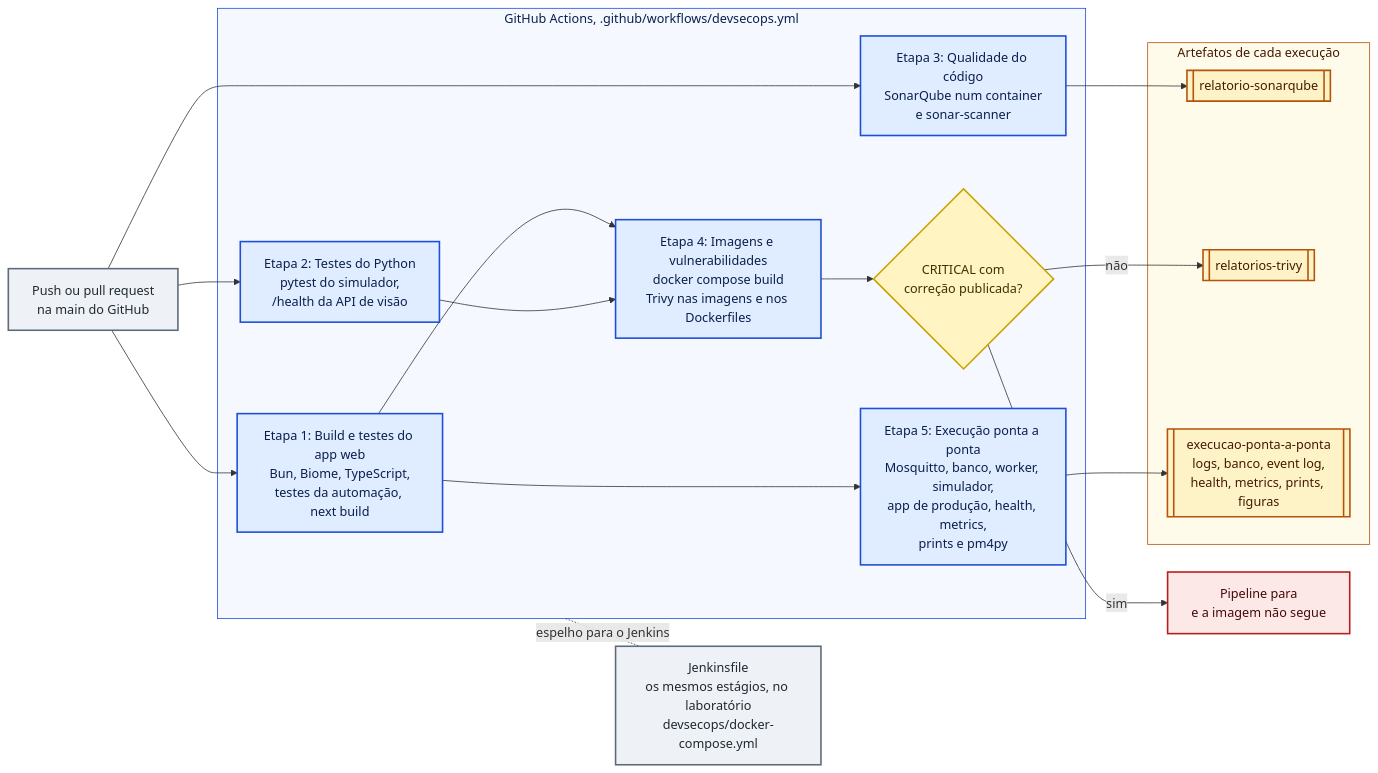
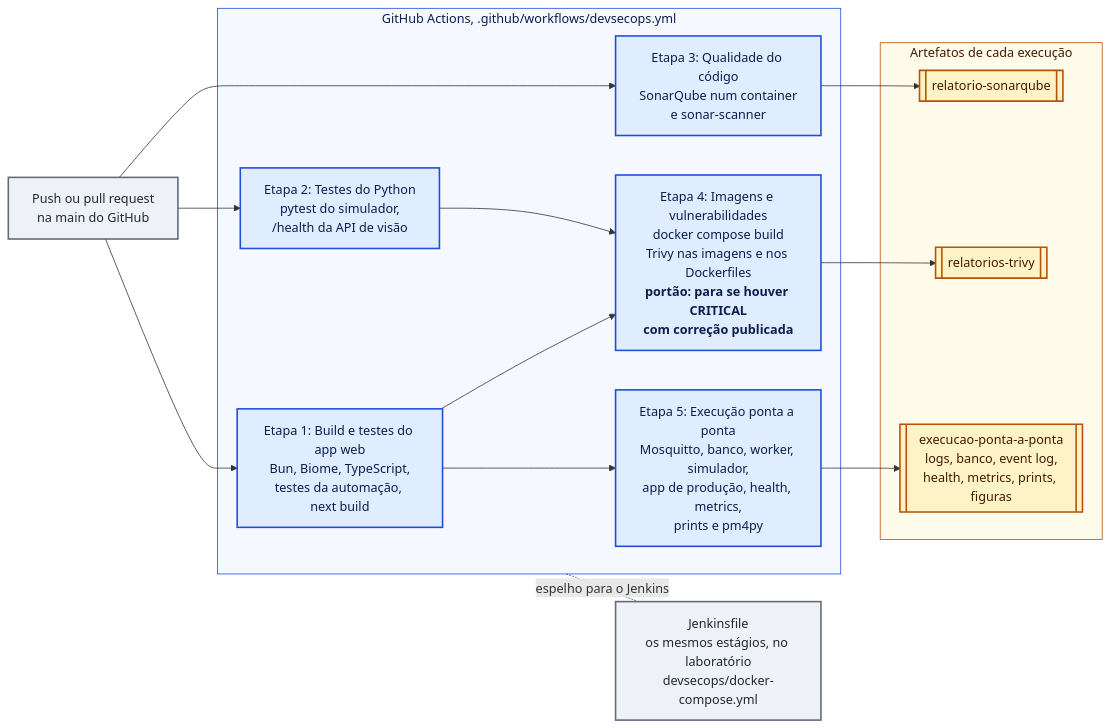
The diagram in docs/fase-7/diagrams/03-pipeline-devsecops.mmd (Dsfr62/fiap-agrosmart-sprint7), drawn with Mermaid before and after one commit.

Commit message:
Diagrama do pipeline: o portão do Trivy dentro da etapa 4

```diff
--- a/docs/fase-7/diagrams/03-pipeline-devsecops.mmd
+++ b/docs/fase-7/diagrams/03-pipeline-devsecops.mmd
@@ -1,46 +1,38 @@
 flowchart LR
   DEV["Push ou pull request<br/>na main do GitHub"]
 
   subgraph GHA["GitHub Actions, .github/workflows/devsecops.yml"]
     J1["Etapa 1: Build e testes do app web<br/>Bun, Biome, TypeScript,<br/>testes da automação, next build"]
     J2["Etapa 2: Testes do Python<br/>pytest do simulador,<br/>/health da API de visão"]
     J3["Etapa 3: Qualidade do código<br/>SonarQube num container<br/>e sonar-scanner"]
-    J4["Etapa 4: Imagens e vulnerabilidades<br/>docker compose build<br/>Trivy nas imagens e nos Dockerfiles"]
-    GATE{"CRITICAL com<br/>correção publicada?"}
+    J4["Etapa 4: Imagens e vulnerabilidades<br/>docker compose build<br/>Trivy nas imagens e nos Dockerfiles<br/><b>portão: para se houver CRITICAL<br/>com correção publicada</b>"]
     J5["Etapa 5: Execução ponta a ponta<br/>Mosquitto, banco, worker, simulador,<br/>app de produção, health, metrics,<br/>prints e pm4py"]
   end
 
   subgraph ART["Artefatos de cada execução"]
     A1[["relatorio-sonarqube"]]
     A2[["relatorios-trivy"]]
     A3[["execucao-ponta-a-ponta<br/>logs, banco, event log,<br/>health, metrics, prints, figuras"]]
   end
 
   JEN["Jenkinsfile<br/>os mesmos estágios, no laboratório<br/>devsecops/docker-compose.yml"]
-  STOP["Pipeline para<br/>e a imagem não segue"]
 
   DEV --> J1
   DEV --> J2
   DEV --> J3
   J1 --> J4
   J2 --> J4
   J1 --> J5
-  J4 --> GATE
-  GATE -- "sim" --> STOP
-  GATE -- "não" --> A2
+  J4 --> A2
   J3 --> A1
   J5 --> A3
   GHA -. "espelho para o Jenkins" .- JEN
 
   classDef job fill:#e0ecff,stroke:#1d4ed8,stroke-width:2px,color:#0b1f4d
   classDef art fill:#fef3c7,stroke:#b45309,stroke-width:2px,color:#451a03
   classDef infra fill:#eef1f5,stroke:#5f6b7a,stroke-width:2px,color:#1f2933
-  classDef stop fill:#fde8e8,stroke:#b91c1c,stroke-width:2px,color:#450a0a
   class J1,J2,J3,J4,J5 job
   class A1,A2,A3 art
   class DEV,JEN infra
-  class STOP stop
-  classDef gate fill:#fff4c2,stroke:#c9a400,stroke-width:2px,color:#3d3200
-  class GATE gate
   style GHA fill:#f5f9ff,stroke:#1d4ed8,color:#0b1f4d
   style ART fill:#fffbeb,stroke:#b45309,color:#451a03
```
